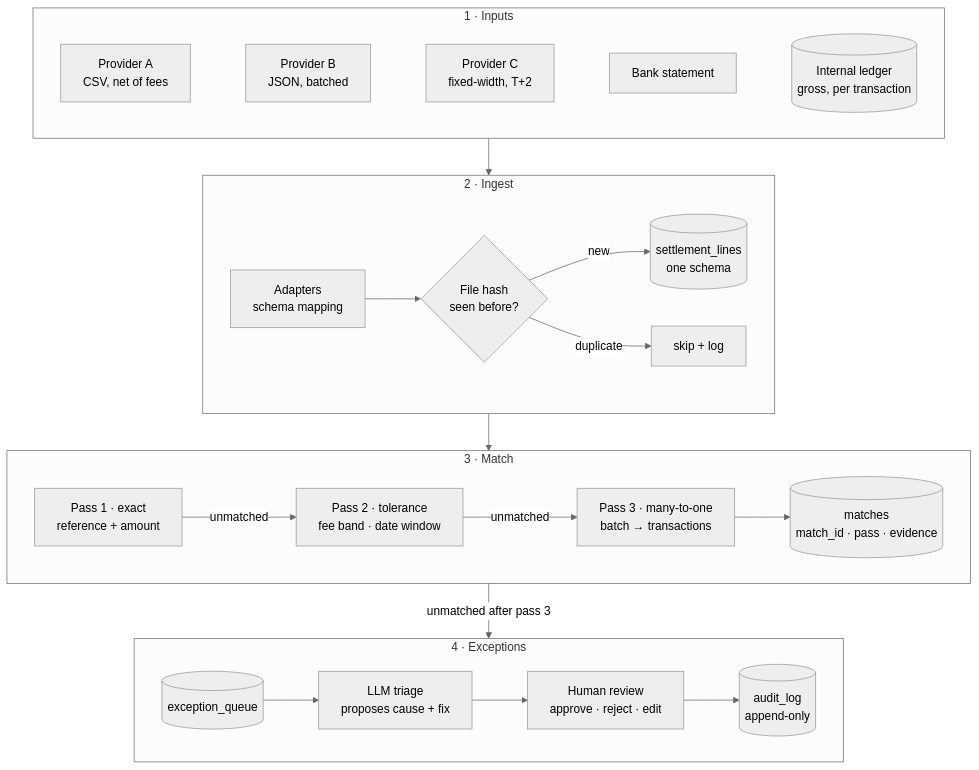
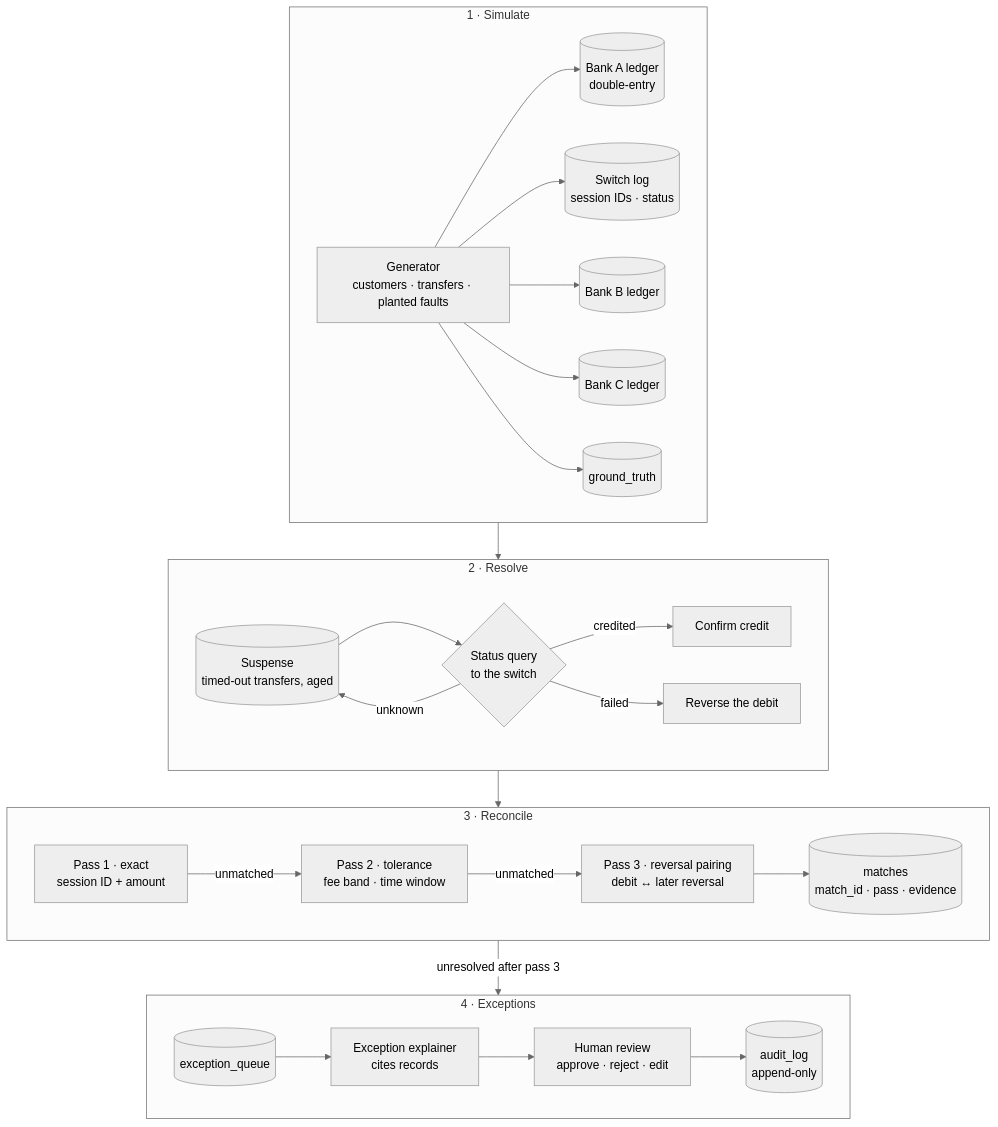
Before and after one commit to myekini/tieout: the first of 2 diagrams in README.md, drawn with Mermaid (neutral theme). The commit also changed other lines of this file, not shown here.

````diff
--- a/README.md
+++ b/README.md
@@ -48,31 +71,36 @@
 ```mermaid
 flowchart TB
-    subgraph IN["1 · Inputs"]
+    subgraph SIM["1 · Simulate"]
         direction LR
-        P1["Provider A<br/>CSV, net of fees"] ~~~ P2["Provider B<br/>JSON, batched"] ~~~ P3["Provider C<br/>fixed-width, T+2"] ~~~ BANK["Bank statement"] ~~~ LED[("Internal ledger<br/>gross, per transaction")]
+        GEN["Generator<br/>customers · transfers · planted faults"] --> A[("Bank A ledger<br/>double-entry")]
+        GEN --> SW[("Switch log<br/>session IDs · status")]
+        GEN --> B[("Bank B ledger")]
+        GEN --> C[("Bank C ledger")]
+        GEN --> GT[("ground_truth")]
     end
 
-    subgraph ING["2 · Ingest"]
+    subgraph RES["2 · Resolve"]
         direction LR
-        ADP["Adapters<br/>schema mapping"] --> HASH{"File hash<br/>seen before?"}
-        HASH -- new --> NORM[("settlement_lines<br/>one schema")]
-        HASH -- duplicate --> SKIP["skip + log"]
+        SUS[("Suspense<br/>timed-out transfers, aged")] --> TSQ{"Status query<br/>to the switch"}
+        TSQ -- credited --> CONF["Confirm credit"]
+        TSQ -- failed --> REV["Reverse the debit"]
+        TSQ -- unknown --> SUS
     end
 
-    subgraph MATCH["3 · Match"]
+    subgraph MATCH["3 · Reconcile"]
         direction LR
-        M1["Pass 1 · exact<br/>reference + amount"] -- unmatched --> M2["Pass 2 · tolerance<br/>fee band · date window"]
-        M2 -- unmatched --> M3["Pass 3 · many-to-one<br/>batch → transactions"]
+        M1["Pass 1 · exact<br/>session ID + amount"] -- unmatched --> M2["Pass 2 · tolerance<br/>fee band · time window"]
+        M2 -- unmatched --> M3["Pass 3 · reversal pairing<br/>debit ↔ later reversal"]
         M3 --> MR[("matches<br/>match_id · pass · evidence")]
     end
 
     subgraph EXC["4 · Exceptions"]
         direction LR
-        Q[("exception_queue")] --> TRI["LLM triage<br/>proposes cause + fix"]
-        TRI --> HUM["Human review<br/>approve · reject · edit"]
+        Q[("exception_queue")] --> EXP["Exception explainer<br/>cites records"]
+        EXP --> HUM["Human review<br/>approve · reject · edit"]
         HUM --> AUD[("audit_log<br/>append-only")]
     end
 
-    IN --> ING --> MATCH
-    MATCH -- "unmatched after pass 3" --> EXC
+    SIM --> RES --> MATCH
+    MATCH -- "unresolved after pass 3" --> EXC
 ```
````
